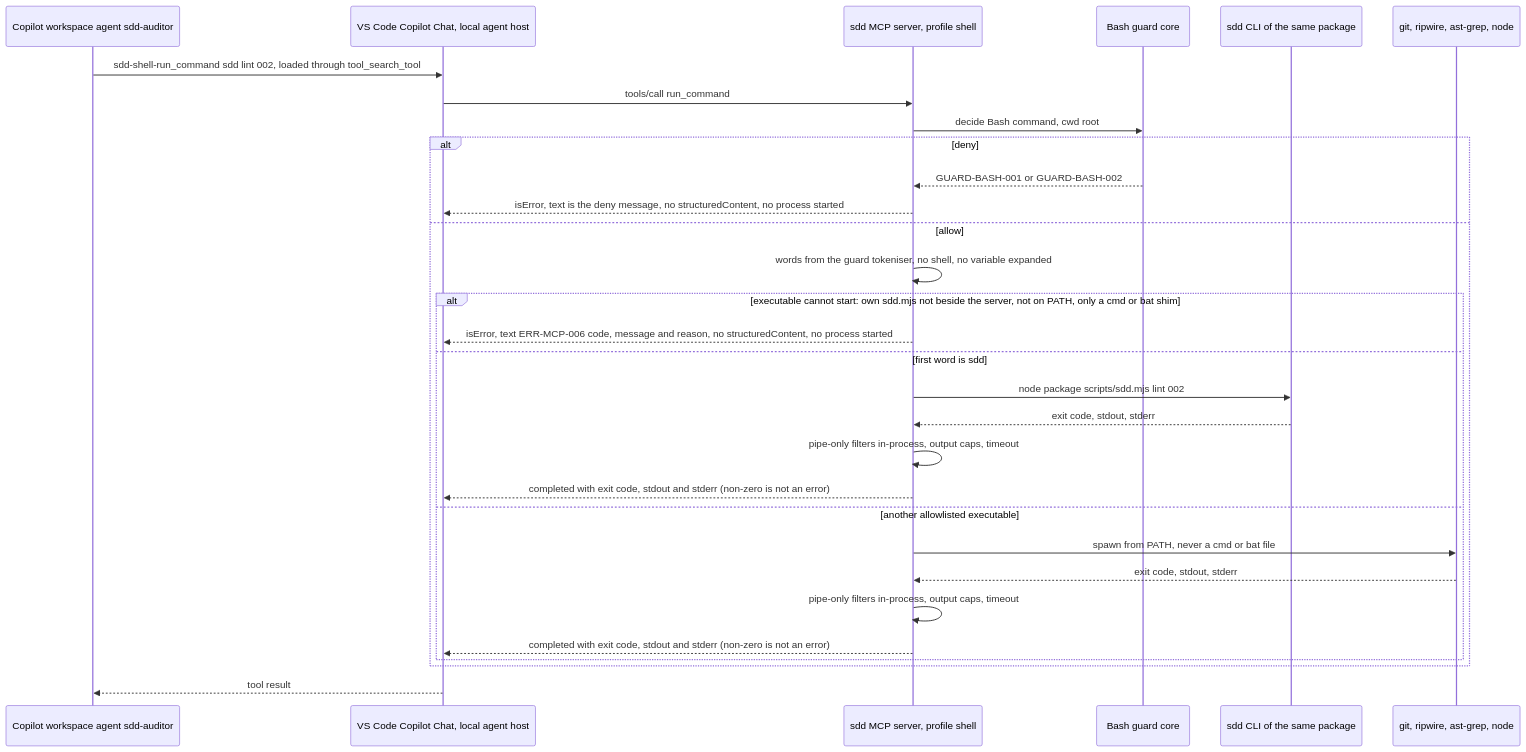
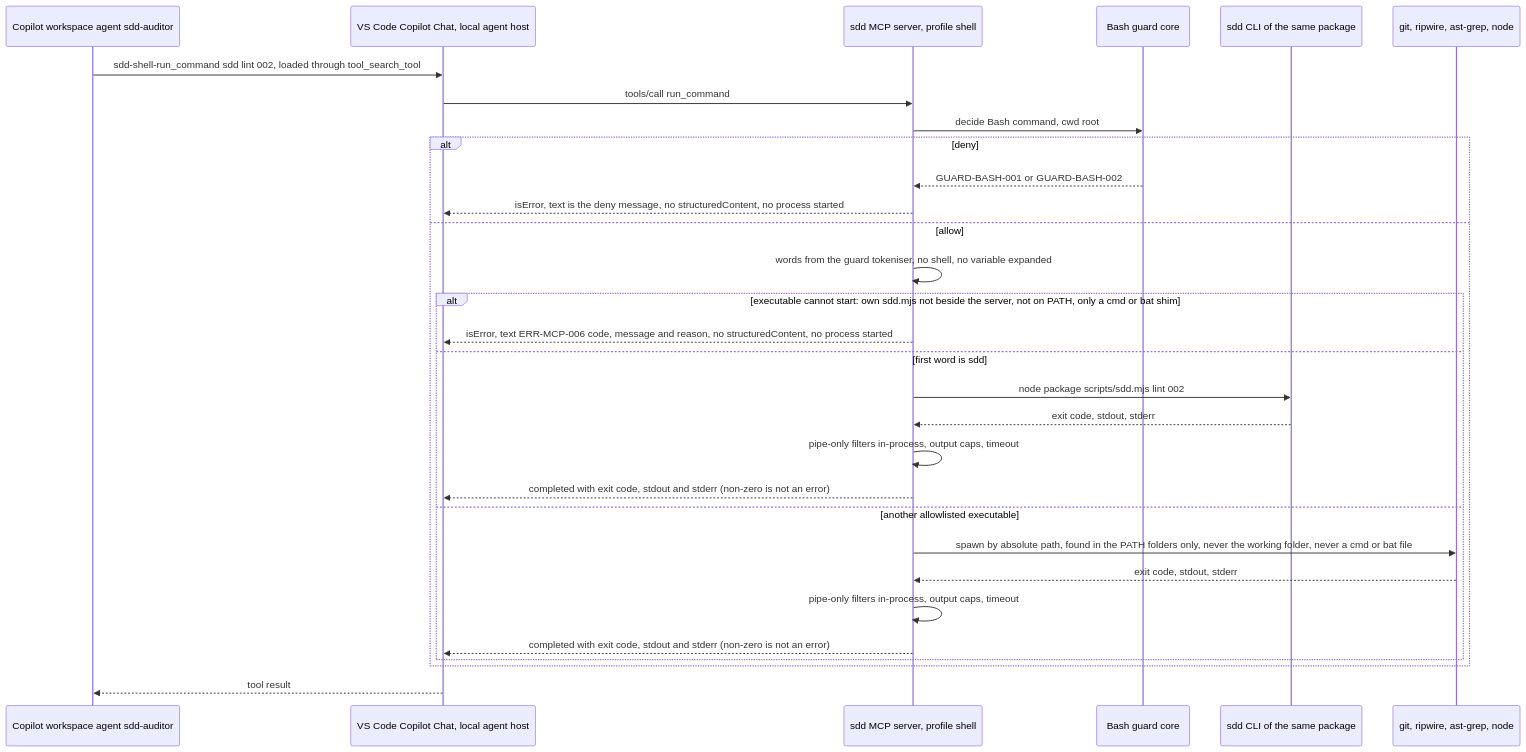
The fifth of 15 diagrams in .sdd/002-multi-platform-targets/10-spec/60-architecture/architecture.md (jlacube/spec-architect), drawn with Mermaid before and after one commit. The commit also changed other lines of this file and 6 other files, not shown here.

Commit message:
CHG-002: revision (architect) — PATH-only executable lookup for every start of the sdd CLI and server (Q-exec-lookup-01): IF-007 Executable lookup section, IF-002 steps 3/4, new C002-CON-17, IF-006 pointer, architecture

````diff
--- a/.sdd/002-multi-platform-targets/10-spec/60-architecture/architecture.md
+++ b/.sdd/002-multi-platform-targets/10-spec/60-architecture/architecture.md
@@ -611,33 +614,33 @@
 ```mermaid
 sequenceDiagram
   %% F4 Copilot command through sdd-shell. Realizes C002-TS-406 C002-TS-407 C002-TS-408 C002-TS-409
   participant C002_COMP_004 as Copilot workspace agent sdd-auditor
   participant VSC as VS Code Copilot Chat, local agent host
   participant C002_COMP_005 as sdd MCP server, profile shell
   participant C002_COMP_012 as Bash guard core
   participant C002_COMP_018 as sdd CLI of the same package
   participant EXE as git, ripwire, ast-grep, node
   C002_COMP_004->>VSC: sdd-shell-run_command sdd lint 002, loaded through tool_search_tool
   VSC->>C002_COMP_005: tools/call run_command
   C002_COMP_005->>C002_COMP_012: decide Bash command, cwd root
   alt deny
     C002_COMP_012-->>C002_COMP_005: GUARD-BASH-001 or GUARD-BASH-002
     C002_COMP_005-->>VSC: isError, text is the deny message, no structuredContent, no process started
   else allow
     C002_COMP_005->>C002_COMP_005: words from the guard tokeniser, no shell, no variable expanded
     alt executable cannot start: own sdd.mjs not beside the server, not on PATH, only a cmd or bat shim
       C002_COMP_005-->>VSC: isError, text ERR-MCP-006 code, message and reason, no structuredContent, no process started
     else first word is sdd
       C002_COMP_005->>C002_COMP_018: node package scripts/sdd.mjs lint 002
       C002_COMP_018-->>C002_COMP_005: exit code, stdout, stderr
       C002_COMP_005->>C002_COMP_005: pipe-only filters in-process, output caps, timeout
       C002_COMP_005-->>VSC: completed with exit code, stdout and stderr (non-zero is not an error)
     else another allowlisted executable
-      C002_COMP_005->>EXE: spawn from PATH, never a cmd or bat file
+      C002_COMP_005->>EXE: spawn by absolute path, found in the PATH folders only, never the working folder, never a cmd or bat file
       EXE-->>C002_COMP_005: exit code, stdout, stderr
       C002_COMP_005->>C002_COMP_005: pipe-only filters in-process, output caps, timeout
       C002_COMP_005-->>VSC: completed with exit code, stdout and stderr (non-zero is not an error)
     end
   end
   VSC-->>C002_COMP_004: tool result
 ```
````
